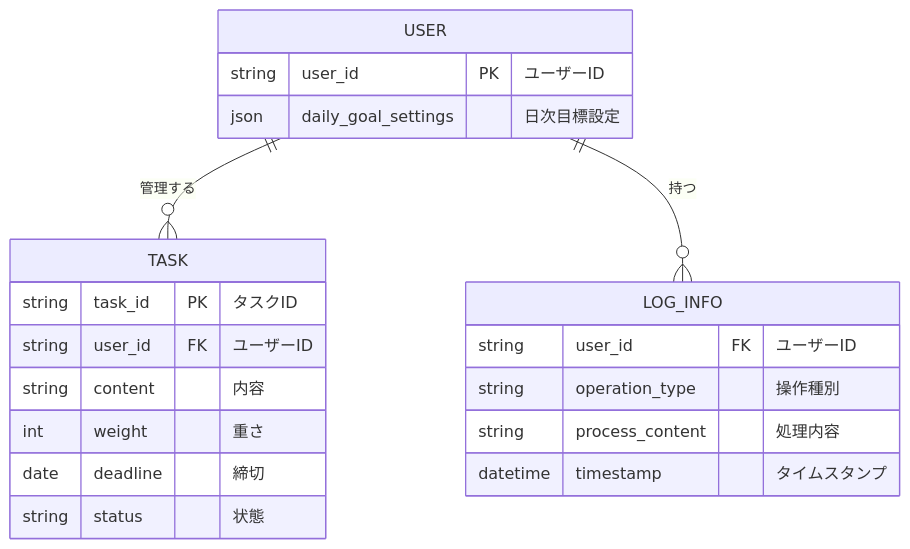
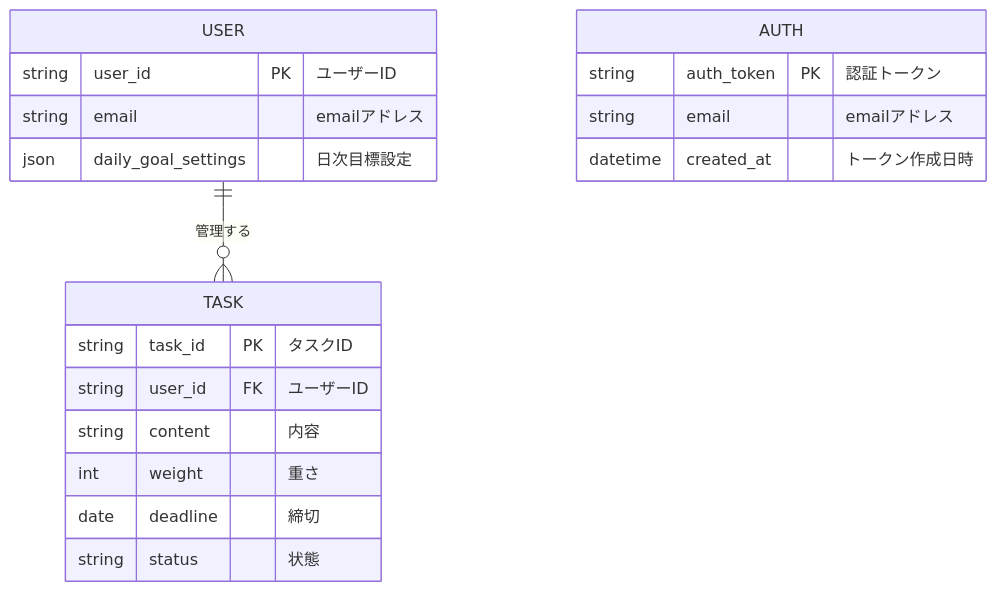
One commit to osawa-naotaka/vanishtodo changed the diagram in doc/05_DATA_SPEC.md. Above: the diagram before and after it, drawn with Mermaid. The commit also changed other lines of this file and 7 other files, not shown here.

````diff
--- a/doc/05_DATA_SPEC.md
+++ b/doc/05_DATA_SPEC.md
@@ -15,26 +14,25 @@
 ```mermaid
 erDiagram
     USER ||--o{ TASK : "管理する"
-    USER ||--o{ LOG_INFO : "持つ"
     
     USER {
         string user_id PK "ユーザーID"
+        string email "emailアドレス"
         json daily_goal_settings "日次目標設定"
     }
     
     TASK {
         string task_id PK "タスクID"
         string user_id FK "ユーザーID"
         string content "内容"
         int weight "重さ"
         date deadline "締切"
         string status "状態"
     }
         
-    LOG_INFO {
-        string user_id FK "ユーザーID"
-        string operation_type "操作種別"
-        string process_content "処理内容"
-        datetime timestamp "タイムスタンプ"
+    AUTH {
+        string auth_token PK "認証トークン"
+        string email "emailアドレス"
+        datetime created_at "トークン作成日時"
     }
 ```
````
